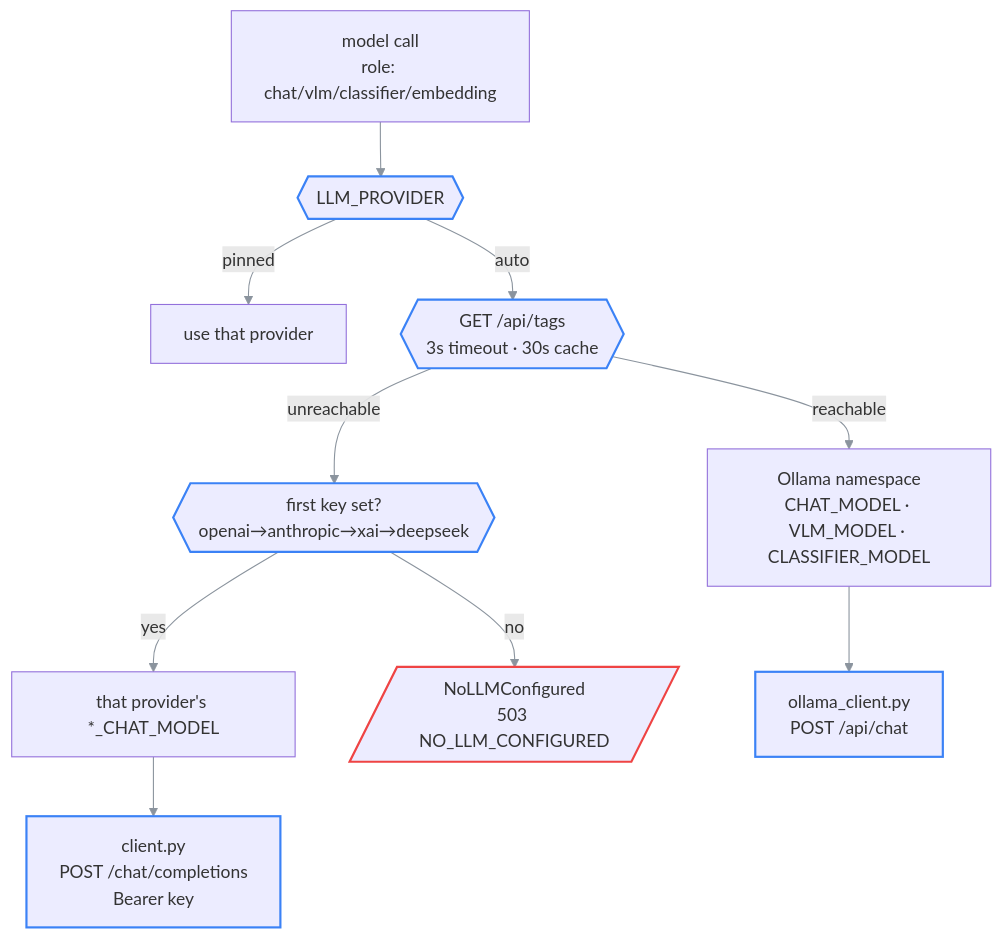
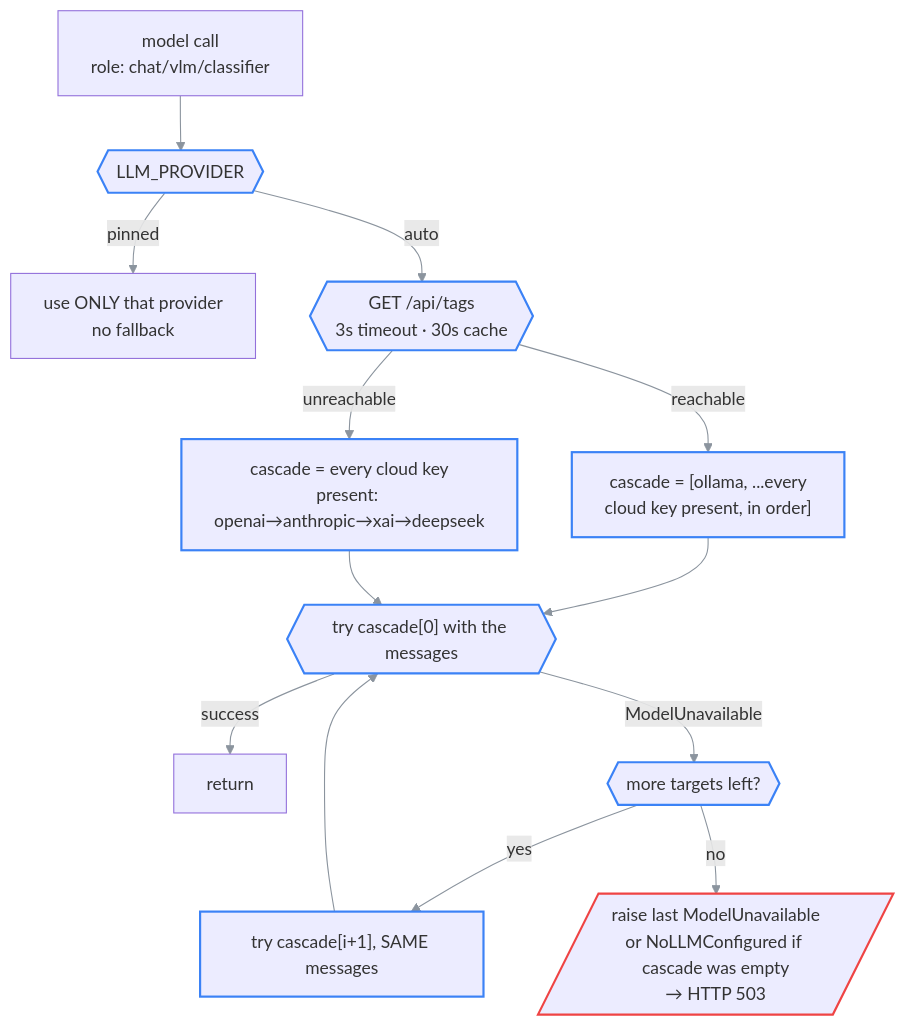
One commit to Khaled-Saleh-KL1/9XAIPal changed the diagram in docs/02-architecture/ai-backend.md. Above: the diagram before and after it, drawn with Mermaid. The commit also changed other lines of this file and 7 other files, not shown here.

````diff
--- a/docs/02-architecture/ai-backend.md
+++ b/docs/02-architecture/ai-backend.md
@@ -84,18 +103,21 @@
 ```mermaid
 %%{init: {'themeVariables': {'fontFamily': 'ui-monospace, SFMono-Regular, Menlo, monospace', 'lineColor': '#8b949e'}}}%%
 flowchart TD
-    C[model call<br/>role: chat/vlm/classifier/embedding] --> P{{LLM_PROVIDER}}
-    P -->|pinned| USE[use that provider]
+    C[model call<br/>role: chat/vlm/classifier] --> P{{LLM_PROVIDER}}
+    P -->|pinned| USE[use ONLY that provider<br/>no fallback]
     P -->|auto| PROBE{{"GET /api/tags<br/>3s timeout · 30s cache"}}
-    PROBE -->|reachable| OLL[Ollama namespace<br/>CHAT_MODEL · VLM_MODEL · CLASSIFIER_MODEL]
-    PROBE -->|unreachable| CHAIN{{first key set?<br/>openai→anthropic→xai→deepseek}}
-    CHAIN -->|yes| CLOUD[that provider's *_CHAT_MODEL]
-    CHAIN -->|no| ERR[/NoLLMConfigured<br/>503 NO_LLM_CONFIGURED/]
-    OLL --> T[ollama_client.py<br/>POST /api/chat]
-    CLOUD --> O[client.py<br/>POST /chat/completions<br/>Bearer key]
+    PROBE -->|reachable| CASC["cascade = [ollama, ...every<br/>cloud key present, in order]"]
+    PROBE -->|unreachable| CASC2["cascade = every cloud key<br/>present: openai→anthropic→xai→deepseek"]
+    CASC --> TRY{{"try cascade[0] with the messages"}}
+    CASC2 --> TRY
+    TRY -->|success| DONE[return]
+    TRY -->|ModelUnavailable| NEXT{{"more targets left?"}}
+    NEXT -->|yes| TRY2["try cascade[i+1], SAME messages"]
+    TRY2 --> TRY
+    NEXT -->|no| ERR[/raise last ModelUnavailable<br/>or NoLLMConfigured if cascade was empty<br/>→ HTTP 503/]
 
     classDef owned stroke:#3b82f6,stroke-width:2px
     classDef bad stroke:#ef4444,stroke-width:2px
-    class P,PROBE,CHAIN,T,O owned
+    class P,PROBE,CASC,CASC2,TRY,NEXT,TRY2 owned
     class ERR bad
 ```
````
